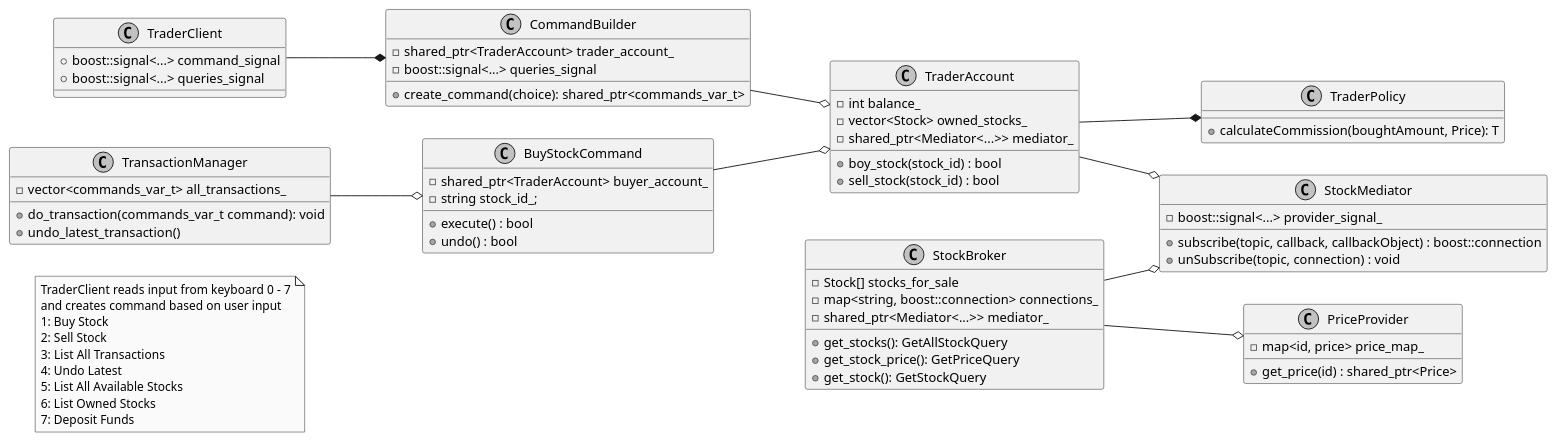
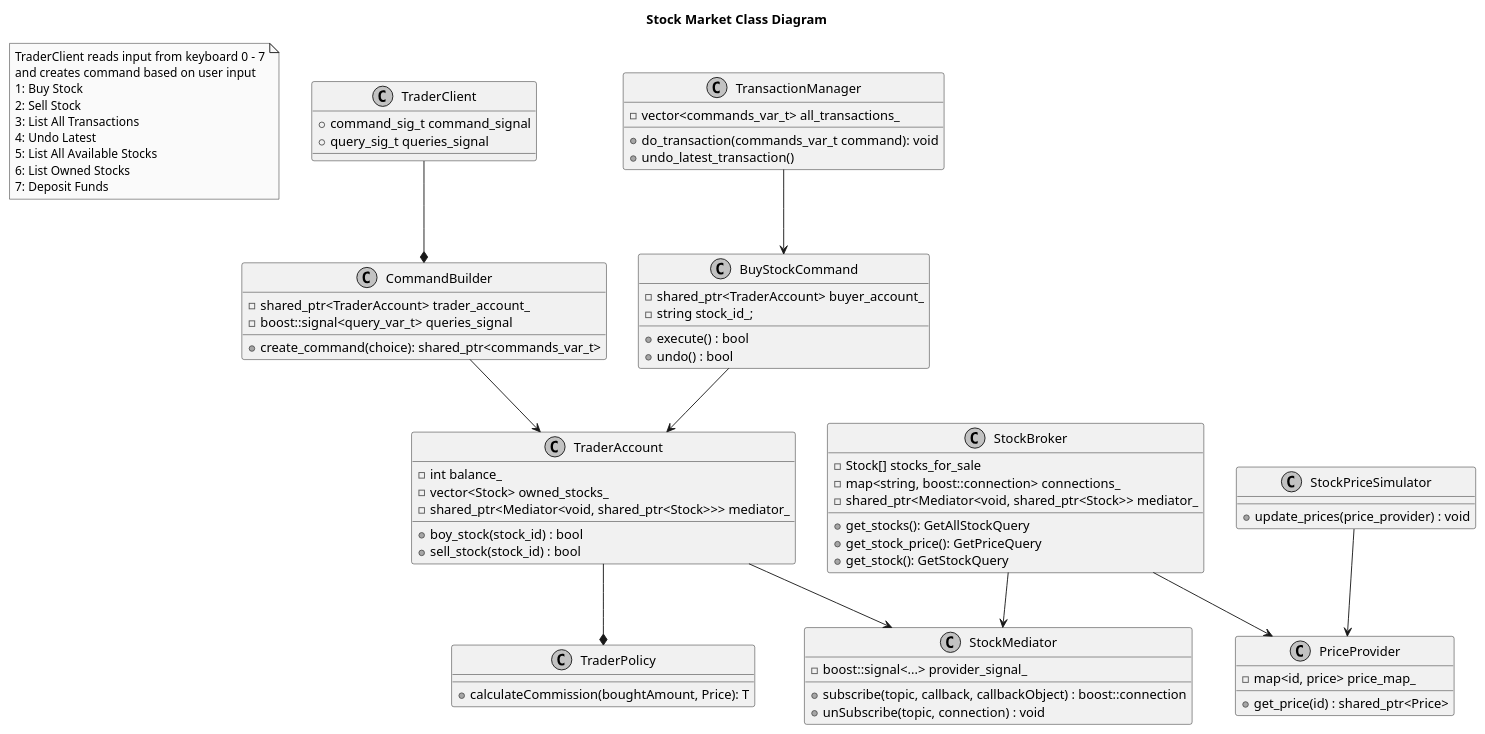
The diagram in stock-market.pu (MarcusGasberg/apk_stock_market), drawn with PlantUML before and after one commit. The commit also changed 4 other files, not shown here.

Commit message:
Updated diagrams

```diff
--- a/stock-market.pu
+++ b/stock-market.pu
@@ -1,82 +1,88 @@
-@startuml StockMarketClassDiagrak
+@startuml StockMarketClassDiagram
 skinparam Monochrome true
 skinparam Shadowing false
-left to right direction
+
+title Stock Market Class Diagram 
 
 note as N2
   TraderClient reads input from keyboard 0 - 7
   and creates command based on user input 
   1: Buy Stock
   2: Sell Stock
   3: List All Transactions 
   4: Undo Latest 
   5: List All Available Stocks 
   6: List Owned Stocks 
   7: Deposit Funds 
 end note
 
 class TraderClient {
-  + boost::signal<...> command_signal 
-  + boost::signal<...> queries_signal
+  + command_sig_t command_signal 
+  + query_sig_t queries_signal
 }
 
 class TransactionManager {
   - vector<commands_var_t> all_transactions_
   + do_transaction(commands_var_t command): void
   + undo_latest_transaction()
 } 
 
 class PriceProvider {
   - map<id, price> price_map_ 
   + get_price(id) : shared_ptr<Price>
 }
 
 class BuyStockCommand {
   - shared_ptr<TraderAccount> buyer_account_ 
   - string stock_id_; 
   + execute() : bool
   + undo() : bool
 }
 
 class StockBroker {
   - Stock[] stocks_for_sale
   - map<string, boost::connection> connections_
-  - shared_ptr<Mediator<...>> mediator_
+  - shared_ptr<Mediator<void, shared_ptr<Stock>> mediator_
   + get_stocks(): GetAllStockQuery
   + get_stock_price(): GetPriceQuery 
   + get_stock(): GetStockQuery  
 }
 
 class StockMediator {
   - boost::signal<...> provider_signal_ 
   + subscribe(topic, callback, callbackObject) : boost::connection
   + unSubscribe(topic, connection) : void 
 }
 
 class CommandBuilder {
   - shared_ptr<TraderAccount> trader_account_ 
-  - boost::signal<...> queries_signal 
+  - boost::signal<query_var_t> queries_signal 
   + create_command(choice): shared_ptr<commands_var_t> 
 }
 
 class TraderAccount {
   - int balance_ 
   - vector<Stock> owned_stocks_ 
-  - shared_ptr<Mediator<...>> mediator_ 
+  - shared_ptr<Mediator<void, shared_ptr<Stock>>> mediator_ 
   + boy_stock(stock_id) : bool 
   + sell_stock(stock_id) : bool 
 }
 
 class TraderPolicy {
   + calculateCommission(boughtAmount, Price): T 
 }
 
+class StockPriceSimulator {
+  + update_prices(price_provider) : void 
+}
+
 TraderClient --* CommandBuilder
-CommandBuilder --o TraderAccount
-TraderAccount --o StockMediator 
+CommandBuilder --> TraderAccount
+TraderAccount --> StockMediator 
 TraderAccount --* TraderPolicy
-StockBroker --o StockMediator
-BuyStockCommand --o TraderAccount
-StockBroker --o PriceProvider
-TransactionManager --o BuyStockCommand
+StockBroker --> StockMediator
+BuyStockCommand --> TraderAccount
+StockBroker --> PriceProvider
+TransactionManager --> BuyStockCommand
+StockPriceSimulator --> PriceProvider
 @enduml
```
